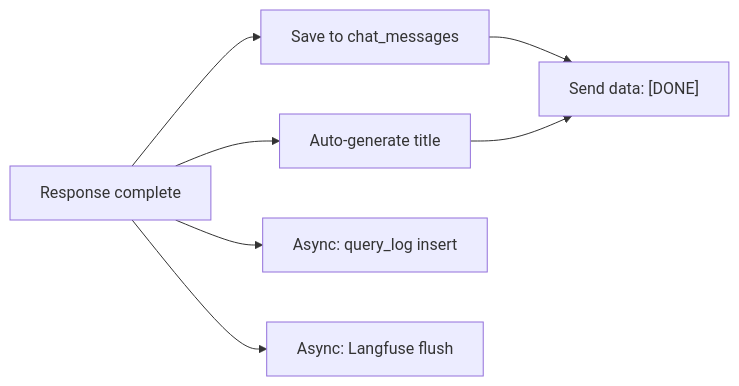
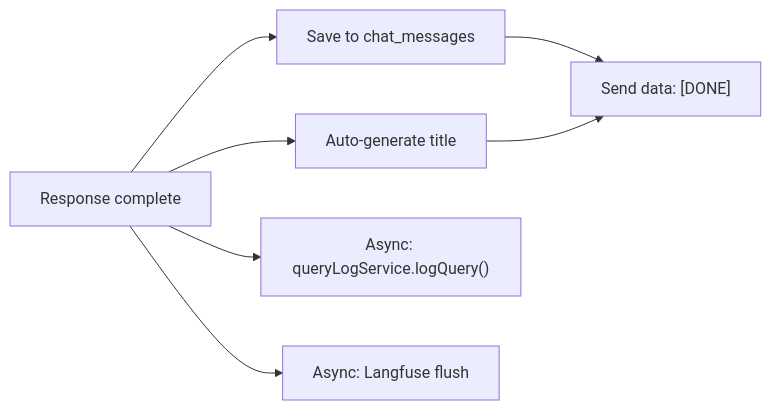
Before and after one commit to b-knowledge-solution/b-knowledge: the fourth of 4 diagrams in docs/detail-design/chat-completion-generation.md, drawn with Mermaid. The commit also changed other lines of this file and 1 other file, not shown here.

First line of the commit message:
docs: add chat completion generation and GraphRAG detail-design docs

````diff
--- a/docs/detail-design/chat-completion-generation.md
+++ b/docs/detail-design/chat-completion-generation.md
@@ -181,9 +256,9 @@
 ```mermaid
 flowchart LR
     A[Response complete] --> B[Save to chat_messages]
     A --> C[Auto-generate title]
-    A --> D[Async: query_log insert]
+    A --> D["Async: queryLogService.logQuery()"]
     A --> E[Async: Langfuse flush]
     B --> F["Send data: [DONE]"]
     C --> F
 ```
````
